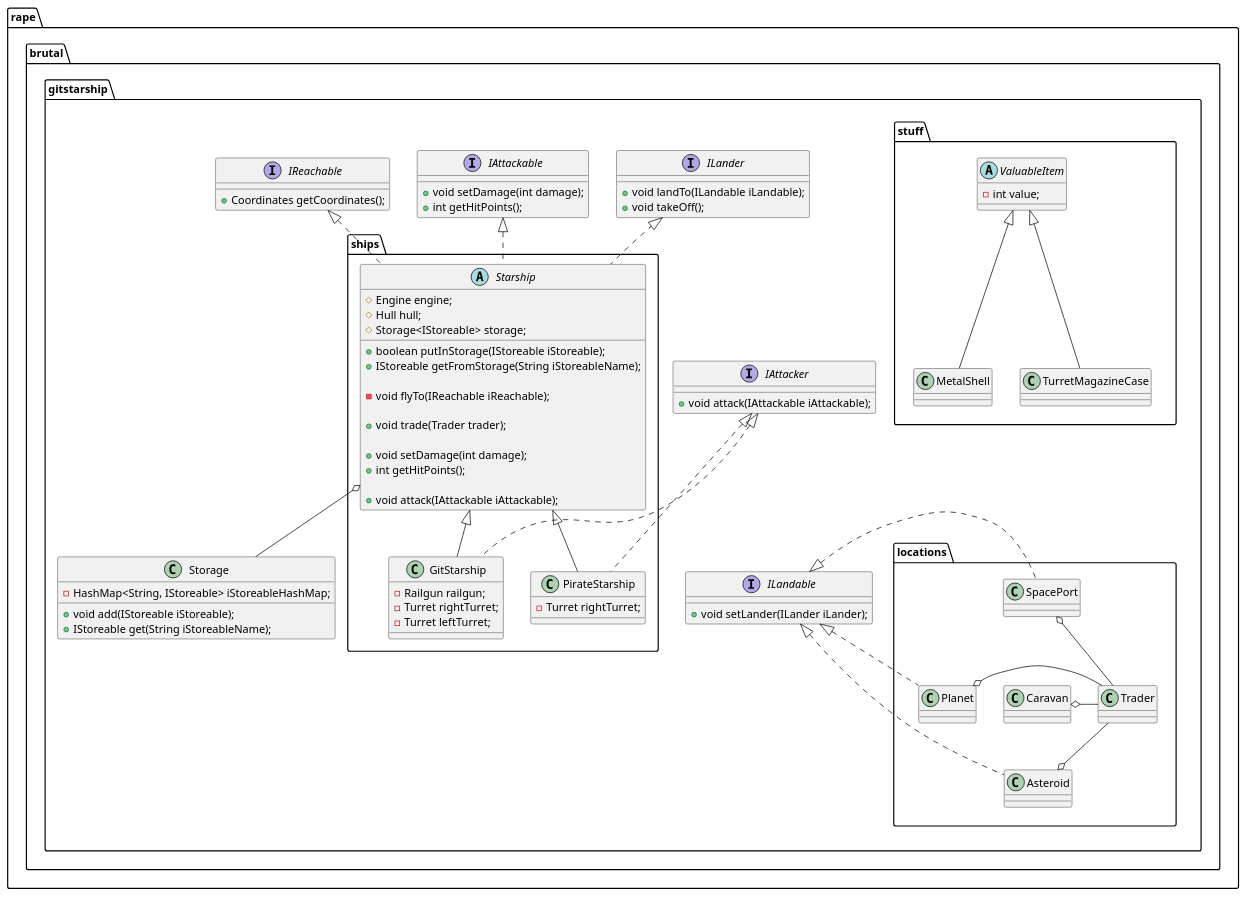
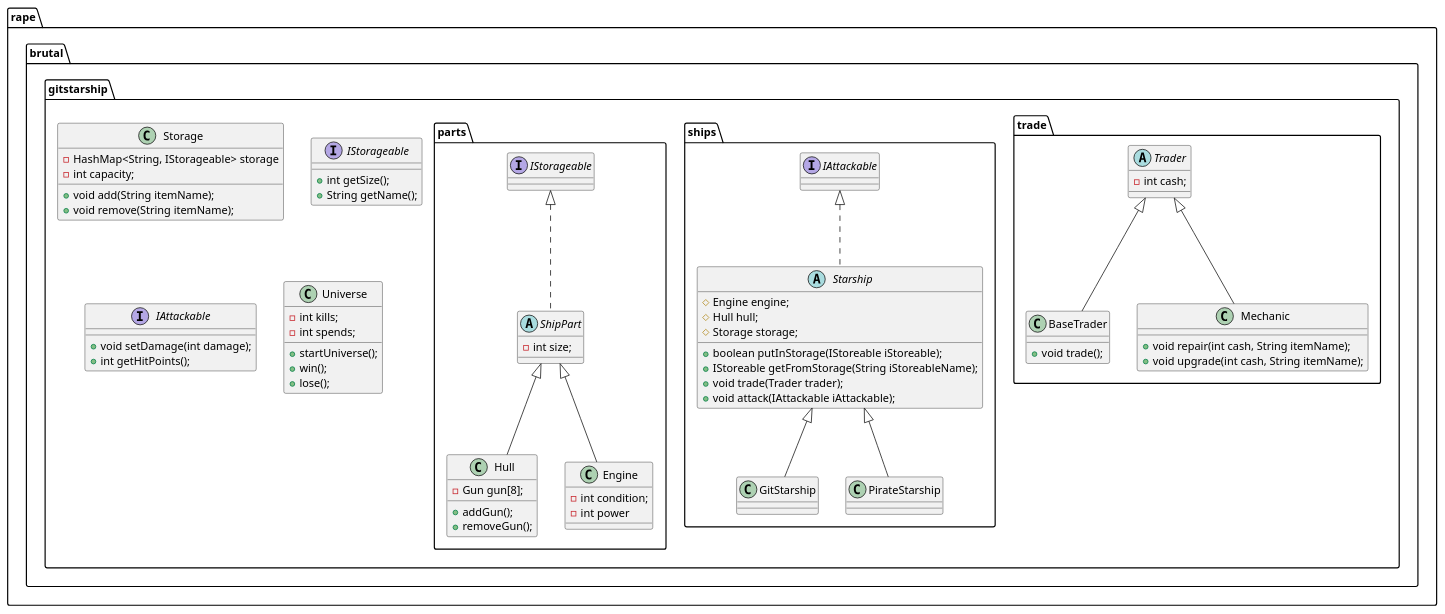
One commit to ViRGiL175/git-starship changed the diagram in src/main/resources/diagram_git_starship.puml. Above: the diagram before and after it, drawn with PlantUML.

Commit message:
Re-created UML diagram
- Deleted old structure
- Added package trade with containing classes
- Added class Storage
- Added interface IStorageable
- Added interface IAttackable
- Added package ship with containing classes
- Added package parts with containing classes
- Added class Universe

```diff
--- a/src/main/resources/diagram_git_starship.puml
+++ b/src/main/resources/diagram_git_starship.puml
@@ -1,135 +1,96 @@
 @startuml
 
 package rape.brutal.gitstarship {
 
-    package ships {
+    package trade {
 
-        Starship <|-- GitStarship
-        Starship <|-- PirateStarship
+    abstract class Trader {
+        -int cash;
+    }
 
-        abstract class Starship {
-            #Engine engine;
-            #Hull hull;
-            #Storage<IStoreable> storage;
+    class BaseTrader extends Trader {
+        +void trade();
+    }
 
-            +boolean putInStorage(IStoreable iStoreable);
-            +IStoreable getFromStorage(String iStoreableName);
 
-            -void flyTo(IReachable iReachable);
 
-            +void trade(Trader trader);
-
-            +void setDamage(int damage);
-            +int getHitPoints();
-
-            +void attack(IAttackable iAttackable);
-        }
-
-        class GitStarship {
-            -Railgun railgun;
-            -Turret rightTurret;
-            -Turret leftTurret;
-        }
-
-        class PirateStarship {
-            -Turret rightTurret;
-        }
+    class Mechanic extends Trader {
+        +void repair(int cash, String itemName);
+        +void upgrade(int cash, String itemName);
+    }
 
     }
 
-    package stuff {
+    class Storage{
+        -HashMap<String, IStorageable> storage
+        +void add(String itemName);
+        +void remove(String itemName);
+        -int capacity;
+    }
 
-        ValuableItem <|-- TurretMagazineCase
-        ValuableItem <|-- MetalShell
-
-        class TurretMagazineCase {
-
-        }
-
-        class MetalShell {
-
-        }
-
-        abstract class ValuableItem {
-            -int value;
-        }
+    interface IStorageable {
+        +int getSize();
+        +String getName();
 
     }
-
-    stuff <-[hidden]-- locations
-
-    package locations {
-
-        Trader -o Planet
-        SpacePort o-- Trader
-        Trader --o Asteroid
-        Caravan o- Trader
-
-        class Planet {
-
-        }
-
-        class SpacePort {
-
-        }
-
-        class Asteroid {
-
-        }
-
-        class Caravan {
-
-        }
-
-        class Trader {
-
-        }
-
-    }
-
-    IAttackable <|.. Starship
-
-    IAttacker <|.. GitStarship
-    IAttacker <|.. PirateStarship
-
-    IReachable <|.. Starship
-
-    ILander <|.. Starship
-    ILandable <|.. Planet
-    ILandable <|. SpacePort
-    ILandable <|... Asteroid
-
-    Starship o-- Storage
 
     interface IAttackable {
         +void setDamage(int damage);
         +int getHitPoints();
     }
 
-    interface IAttacker {
-        +void attack(IAttackable iAttackable);
+        package ships {
+
+            Starship <|-- GitStarship
+            Starship <|-- PirateStarship
+
+            abstract class Starship implements IAttackable {
+                #Engine engine;
+                #Hull hull;
+                #Storage storage;
+
+                +boolean putInStorage(IStoreable iStoreable);
+                +IStoreable getFromStorage(String iStoreableName);
+                +void trade(Trader trader);
+                +void attack(IAttackable iAttackable);
+            }
+
+            class GitStarship {
+
+            }
+
+            class PirateStarship {
+
+            }
+
+        }
+
+        package parts {
+
+        abstract class ShipPart implements IStorageable {
+        -int size;
+        }
+
+        class Hull extends ShipPart{
+        -Gun gun[8];
+        +addGun();
+        +removeGun();
+        }
+
+        class Engine extends ShipPart{
+        -int condition;
+        -int power
+        }
     }
 
-    interface IReachable {
-        +Coordinates getCoordinates();
-    }
-
-    interface ILandable {
-        +void setLander(ILander iLander);
-    }
-
-    interface ILander {
-        +void landTo(ILandable iLandable);
-        +void takeOff();
-    }
-
-    class Storage {
-        -HashMap<String, IStoreable> iStoreableHashMap;
-
-        +void add(IStoreable iStoreable);
-        +IStoreable get(String iStoreableName);
+    class Universe {
+    -int kills;
+    -int spends;
+    +startUniverse();
+    +win();
+    +lose();
     }
 
 }
 
 @enduml
```
